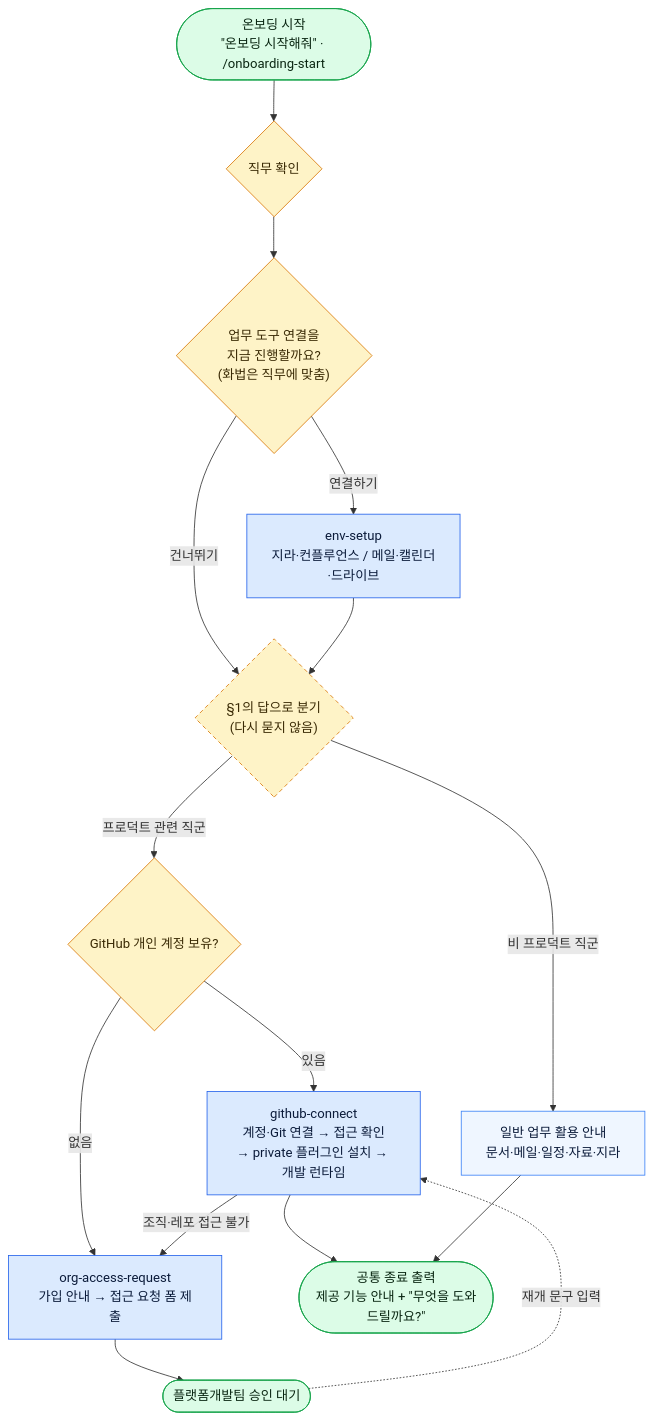
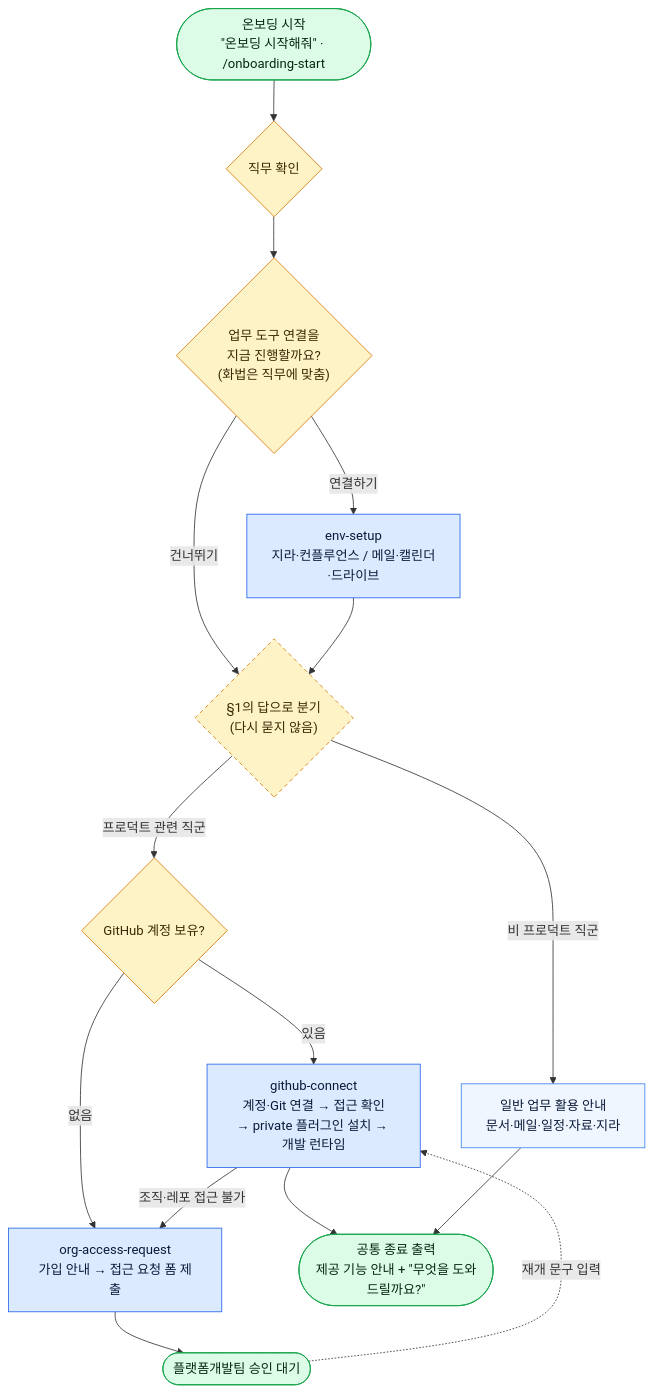
One commit to VntgCorp/terroir-claude-plugin-public changed the diagram in plugins/terroir-onboarding/README.md. Above: the diagram before and after it, drawn with Mermaid. The commit also changed 3 other files, not shown here.

First line of the commit message:
refactor: "개인 계정" → "GitHub 계정" 용어 단순화 [RDDP-1439]

````diff
--- a/plugins/terroir-onboarding/README.md
+++ b/plugins/terroir-onboarding/README.md
@@ -34,46 +34,46 @@
 ```mermaid
 flowchart TD
     START(["온보딩 시작<br/>&quot;온보딩 시작해줘&quot; · /onboarding-start"])
 
     Q1{"직무 확인"}
     Q2{"업무 도구 연결을<br/>지금 진행할까요?<br/>(화법은 직무에 맞춤)"}
     ENV["env-setup<br/>지라·컨플루언스 / 메일·캘린더·드라이브"]
     BR{"§1의 답으로 분기<br/>(다시 묻지 않음)"}
-    Q3{"GitHub 개인 계정 보유?"}
+    Q3{"GitHub 계정 보유?"}
 
     GH["github-connect<br/>계정·Git 연결 → 접근 확인<br/>→ private 플러그인 설치 → 개발 런타임"]
     OA["org-access-request<br/>가입 안내 → 접근 요청 폼 제출"]
     WAIT(["플랫폼개발팀 승인 대기"])
     NP["일반 업무 활용 안내<br/>문서·메일·일정·자료·지라"]
 
     END(["공통 종료 출력<br/>제공 기능 안내 + &quot;무엇을 도와드릴까요?&quot;"])
 
     START --> Q1
     Q1 --> Q2
     Q2 -->|연결하기| ENV
     Q2 -->|건너뛰기| BR
     ENV --> BR
 
     BR -->|프로덕트 관련 직군| Q3
     BR -->|비 프로덕트 직군| NP
 
     Q3 -->|있음| GH
     Q3 -->|없음| OA
     GH -->|조직·레포 접근 불가| OA
     OA --> WAIT
     WAIT -.->|재개 문구 입력| GH
 
     GH --> END
     NP --> END
 
     classDef skill fill:#dbeafe,stroke:#2563eb,color:#0b1b3a
     classDef gate fill:#fef3c7,stroke:#d97706,color:#3a2a05
     classDef term fill:#dcfce7,stroke:#16a34a,color:#0a2612
     classDef step fill:#eff6ff,stroke:#3b82f6,color:#0b1b3a
     classDef branch fill:#fef3c7,stroke:#d97706,color:#3a2a05,stroke-dasharray:5 4
     class ENV,GH,OA skill
     class Q1,Q2,Q3 gate
     class BR branch
     class START,END,WAIT term
     class NP step
 ```
````
